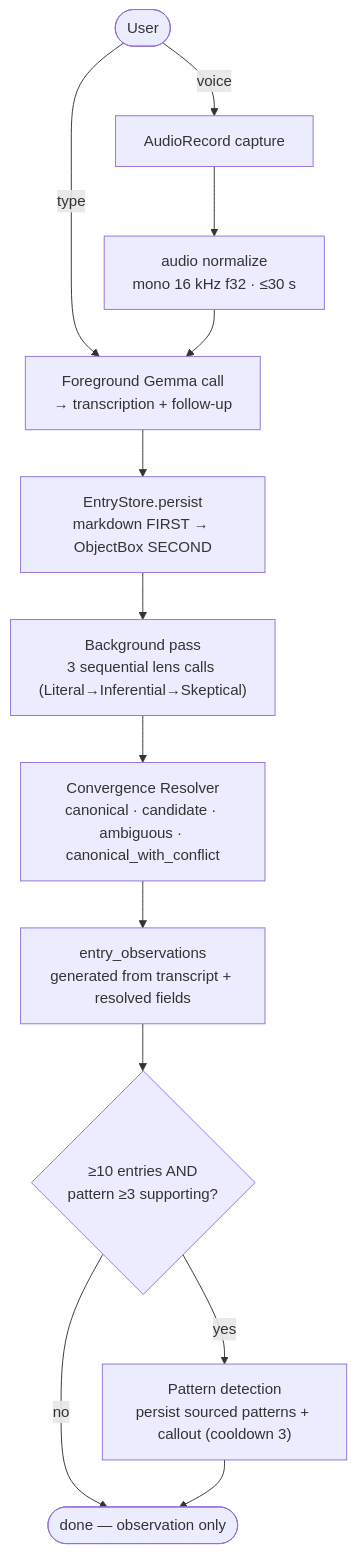
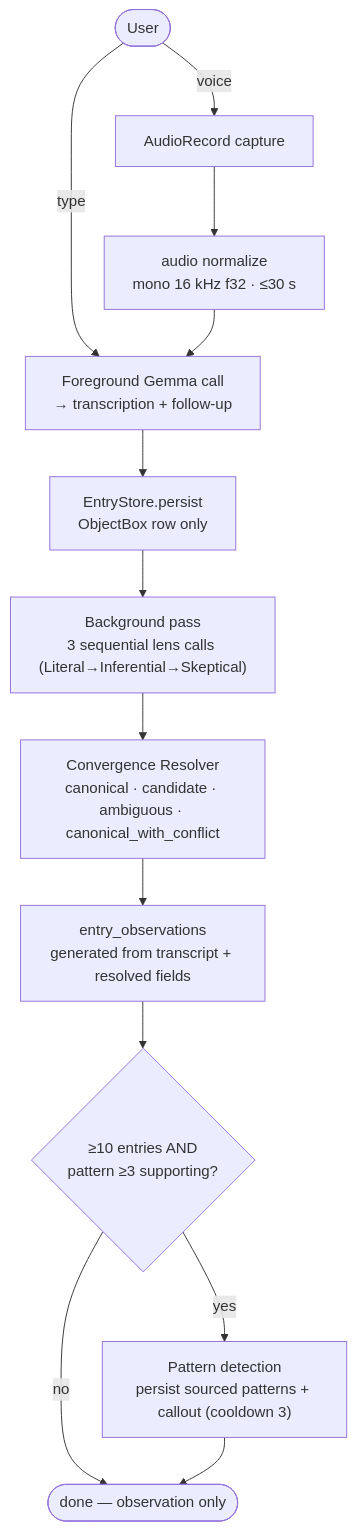
Before and after one commit to anchildress1/vestige: the fourth of 4 diagrams in docs/diagrams/architecture.md, drawn with Mermaid. The commit also changed other lines of this file and 77 other files, not shown here.

First line of the commit message:
feat(storage): make ObjectBox the entry source of truth (#50)

````diff
--- a/docs/diagrams/architecture.md
+++ b/docs/diagrams/architecture.md
@@ -92,18 +90,18 @@
 ```mermaid
 flowchart TB
     accTitle: End-to-end capture and extraction dataflow
-    accDescr: User records or types. Voice goes through AudioRecord then audio normalization to mono 16kHz float32 max 30s, then a foreground Gemma call returns transcription and follow-up. EntryStore persists markdown first then ObjectBox. A background pass runs three sequential lens calls, the convergence resolver writes canonical, candidate, or ambiguous fields plus entry observations, then pattern detection runs when the threshold is met.
+    accDescr: User records or types. Voice goes through AudioRecord then audio normalization to mono 16kHz float32 max 30s, then a foreground Gemma call returns transcription and follow-up. EntryStore persists ObjectBox rows only. A background pass runs three sequential lens calls, the convergence resolver writes canonical, candidate, or ambiguous fields plus entry observations, then pattern detection runs when the threshold is met.
 
     U(["User"]) -- voice --> AR["AudioRecord capture"]
     U -- type --> FG
     AR --> NORM["audio normalize<br/>mono 16 kHz f32 · ≤30 s"]
     NORM --> FG["Foreground Gemma call<br/>→ transcription + follow-up"]
-    FG --> ES["EntryStore.persist<br/>markdown FIRST → ObjectBox SECOND"]
+    FG --> ES["EntryStore.persist<br/>ObjectBox row only"]
     ES --> BG["Background pass<br/>3 sequential lens calls (Literal→Inferential→Skeptical)"]
     BG --> CR["Convergence Resolver<br/>canonical · candidate · ambiguous · canonical_with_conflict"]
     CR --> OBS["entry_observations<br/>generated from transcript + resolved fields"]
     OBS --> PD{"≥10 entries AND<br/>pattern ≥3 supporting?"}
     PD -- yes --> PAT["Pattern detection<br/>persist sourced patterns + callout (cooldown 3)"]
     PD -- no --> Done(["done — observation only"])
     PAT --> Done
 ```
````
